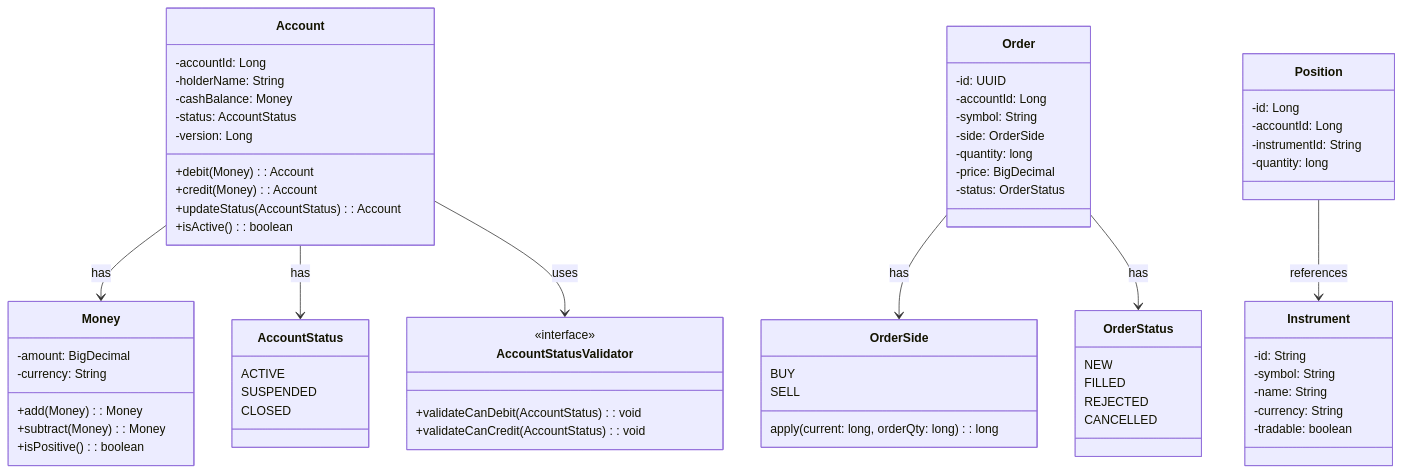
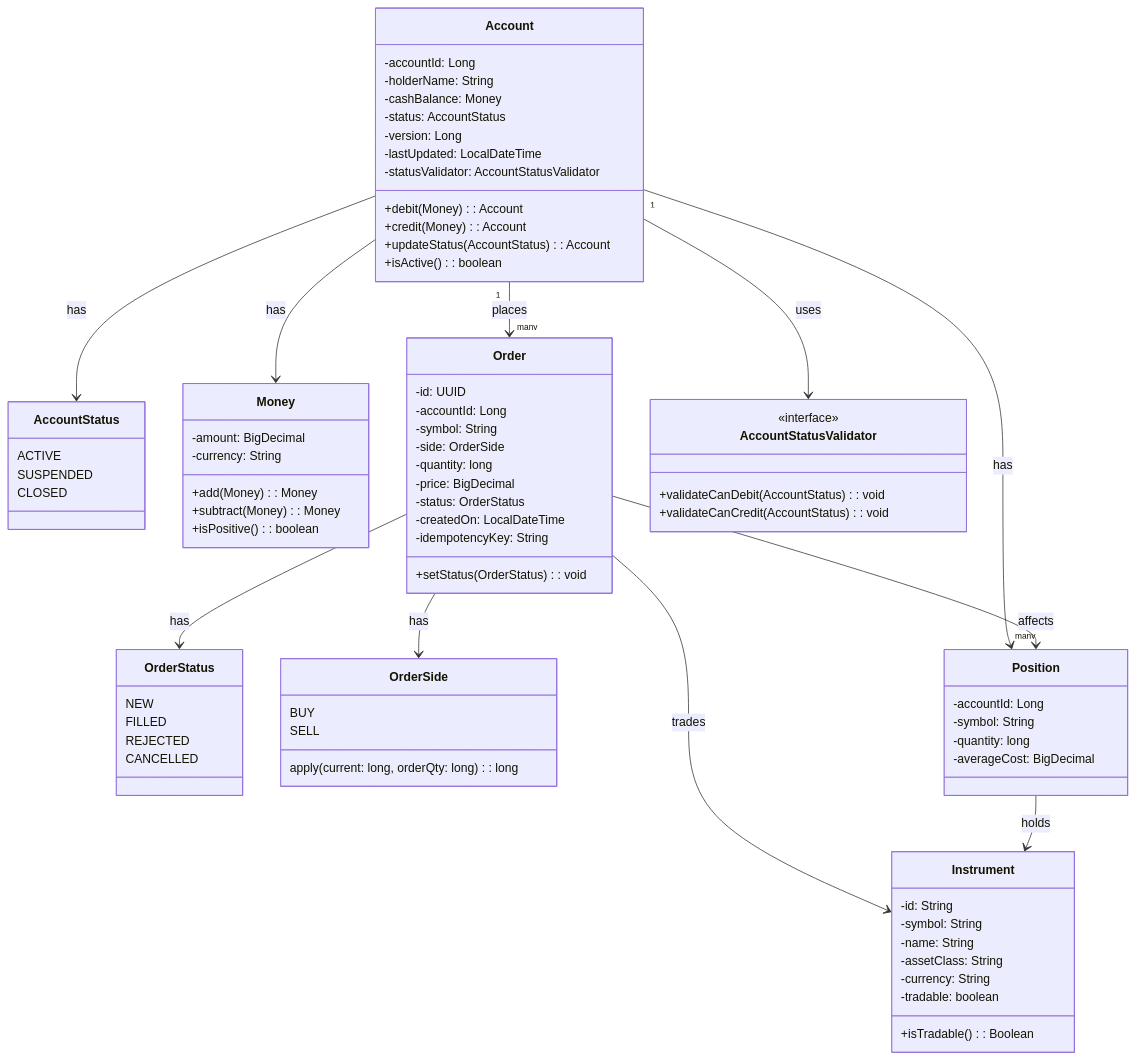
Before and after one commit to poppybun/the_commit_crew: the diagram in app/docs/class_diagram.mmd, drawn with Mermaid.

Commit message:
docs: updated uml diagram

```diff
--- a/app/docs/class_diagram.mmd
+++ b/app/docs/class_diagram.mmd
@@ -1,82 +1,93 @@
 classDiagram
     %% Enums
     class AccountStatus {
         ACTIVE
         SUSPENDED
         CLOSED
     }
     
     class OrderStatus {
         NEW
         FILLED
         REJECTED
         CANCELLED
     }
     
     class OrderSide {
         BUY
         SELL
         apply(current: long, orderQty: long): long
     }
     
     %% Value Objects
     class Money {
         -amount: BigDecimal
         -currency: String
         +add(Money): Money
         +subtract(Money): Money
         +isPositive(): boolean
     }
     
     %% Models
     class Account {
         -accountId: Long
         -holderName: String
         -cashBalance: Money
         -status: AccountStatus
         -version: Long
+        -lastUpdated: LocalDateTime
+        -statusValidator: AccountStatusValidator
         +debit(Money): Account
         +credit(Money): Account
         +updateStatus(AccountStatus): Account
         +isActive(): boolean
     }
     
     class Instrument {
         -id: String
         -symbol: String
         -name: String
+        -assetClass: String
         -currency: String
         -tradable: boolean
+        +isTradable(): Boolean
     }
     
     class Order {
         -id: UUID
         -accountId: Long
         -symbol: String
         -side: OrderSide
         -quantity: long
         -price: BigDecimal
         -status: OrderStatus
+        -createdOn: LocalDateTime
+        -idempotencyKey: String
+        +setStatus(OrderStatus): void
     }
     
     class Position {
-        -id: Long
         -accountId: Long
-        -instrumentId: String
+        -symbol: String
         -quantity: long
+        -averageCost: BigDecimal
     }
     
     %% Interfaces
     class AccountStatusValidator {
         <<interface>>
         +validateCanDebit(AccountStatus): void
         +validateCanCredit(AccountStatus): void
     }
     
     %% Relationships
     Account --> Money : has
     Account --> AccountStatus : has
     Account --> AccountStatusValidator : uses
+    Account "1" --> "many" Order : places
+    Account "1" --> "many" Position : has
     Order --> OrderSide : has
     Order --> OrderStatus : has
-    Position --> Instrument : references
+    Order --> Position : affects
+    Order --> Instrument : trades
+    Position --> Instrument : holds
```
